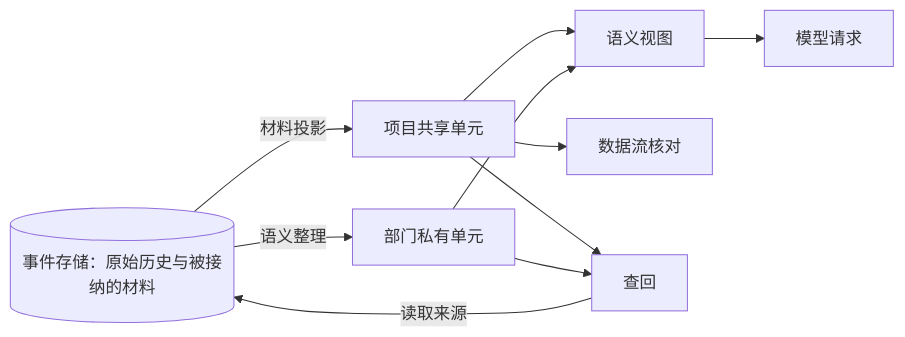
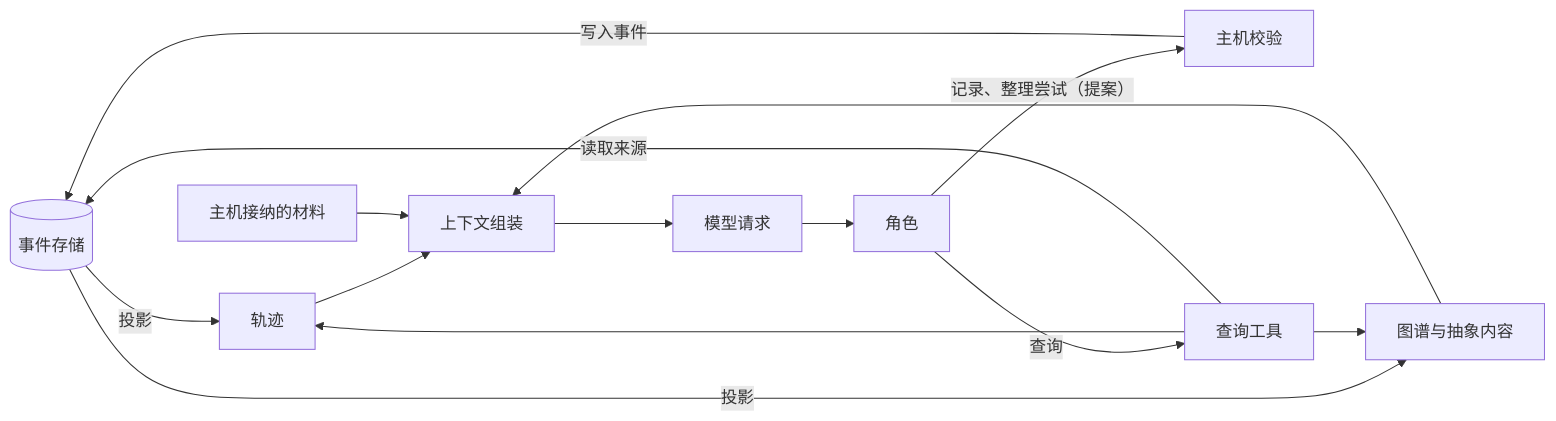
One commit to bender2333/yudao changed the first of 5 diagrams in docs/design/semantic-system.md. Above: the diagram before and after it, drawn with Mermaid. The commit also changed other lines of this file and 17 other files, not shown here.

Commit message:
docs: 语义系统设计说明按 D25 改写（整理与上下文组装），新增 ADR-0008、ADR-0009，同步受影响的设计、需求与路线图

````diff
--- a/docs/design/semantic-system.md
+++ b/docs/design/semantic-system.md
@@ -38,13 +56,17 @@
 ```mermaid
 flowchart LR
-  ES[("事件存储：原始历史与被接纳的材料")]
-  ES -->|"材料投影"| Shared["项目共享单元"]
-  ES -->|"语义整理"| Private["部门私有单元"]
-  Shared --> View["语义视图"]
-  Private --> View
-  Shared --> Flow["数据流核对"]
-  Shared --> Recall["查回"]
-  Private --> Recall
-  Recall -->|"读取来源"| ES
-  View --> Req["模型请求"]
+  ES[("事件存储")]
+  ES -->|"投影"| Traj["轨迹"]
+  ES -->|"投影"| Graph["图谱与抽象内容"]
+  Traj --> Asm["上下文组装"]
+  Graph --> Asm
+  Mat["主机接纳的材料"] --> Asm
+  Asm --> Req["模型请求"]
+  Req --> Role["角色"]
+  Role -->|"记录、整理尝试（提案）"| Host["主机校验"]
+  Host -->|"写入事件"| ES
+  Role -->|"查询"| Q["查询工具"]
+  Q --> Traj
+  Q --> Graph
+  Q -->|"读取来源"| ES
 ```
````
